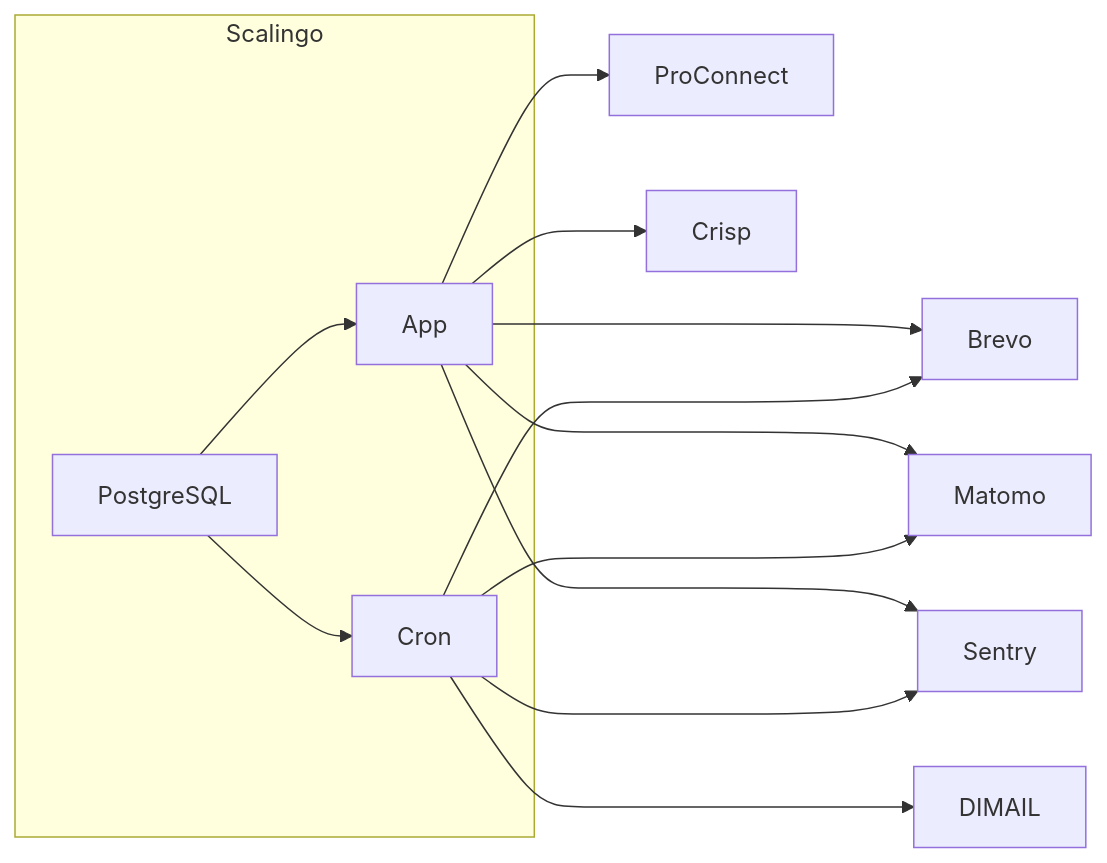
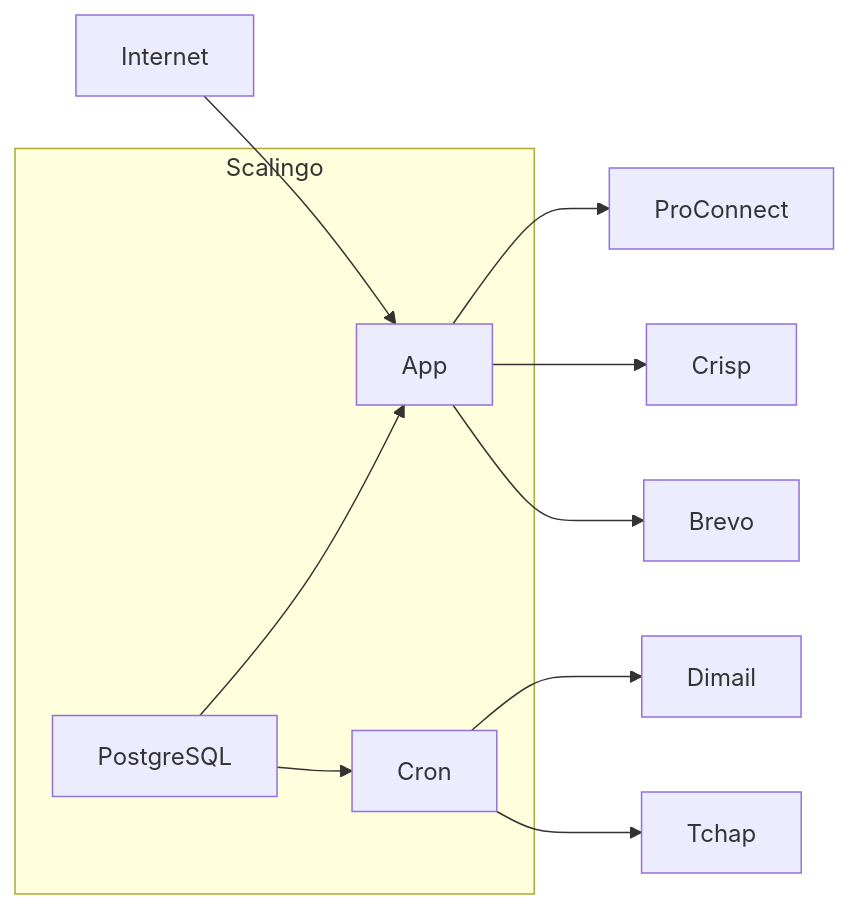
One commit to betagouv/gitscan changed the second of 2 diagrams in repos/betagouv/espace-membre-next/README.md. Above: the diagram before and after it, drawn with Mermaid. The commit also changed other lines of this file and 6 other files, not shown here.

````diff
--- a/repos/betagouv/espace-membre-next/README.md
+++ b/repos/betagouv/espace-membre-next/README.md
@@ -114,20 +186,17 @@
 ```mermaid
 graph LR
+
+Internet-->App
 
 subgraph Scalingo
 PostgreSQL-->App
 PostgreSQL-->Cron
 end
 
 App-->ProConnect
 App-->Crisp
 App-->Brevo
-App-->Matomo
-App-->Sentry
 
-
-Cron--->Brevo
-Cron--->DIMAIL
-Cron--->Matomo
-Cron--->Sentry
+Cron-->Dimail
+Cron-->Tchap
 ```
````
